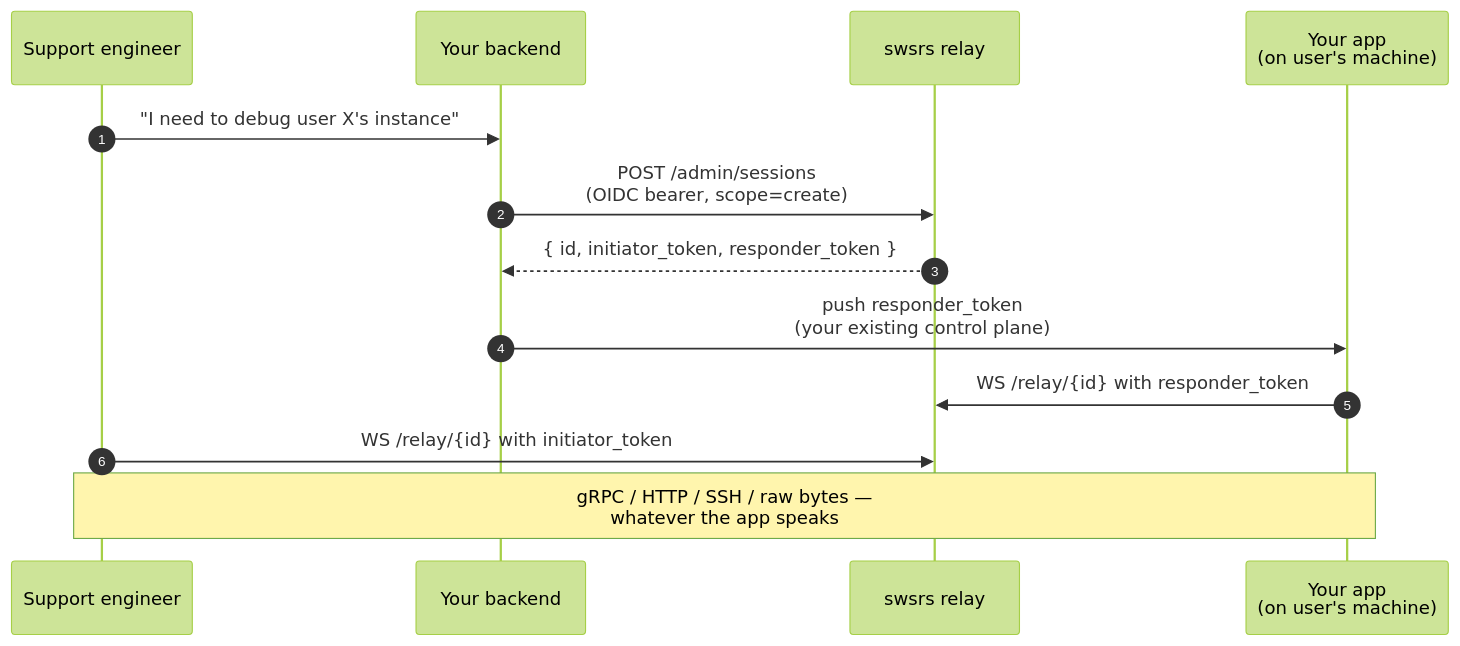
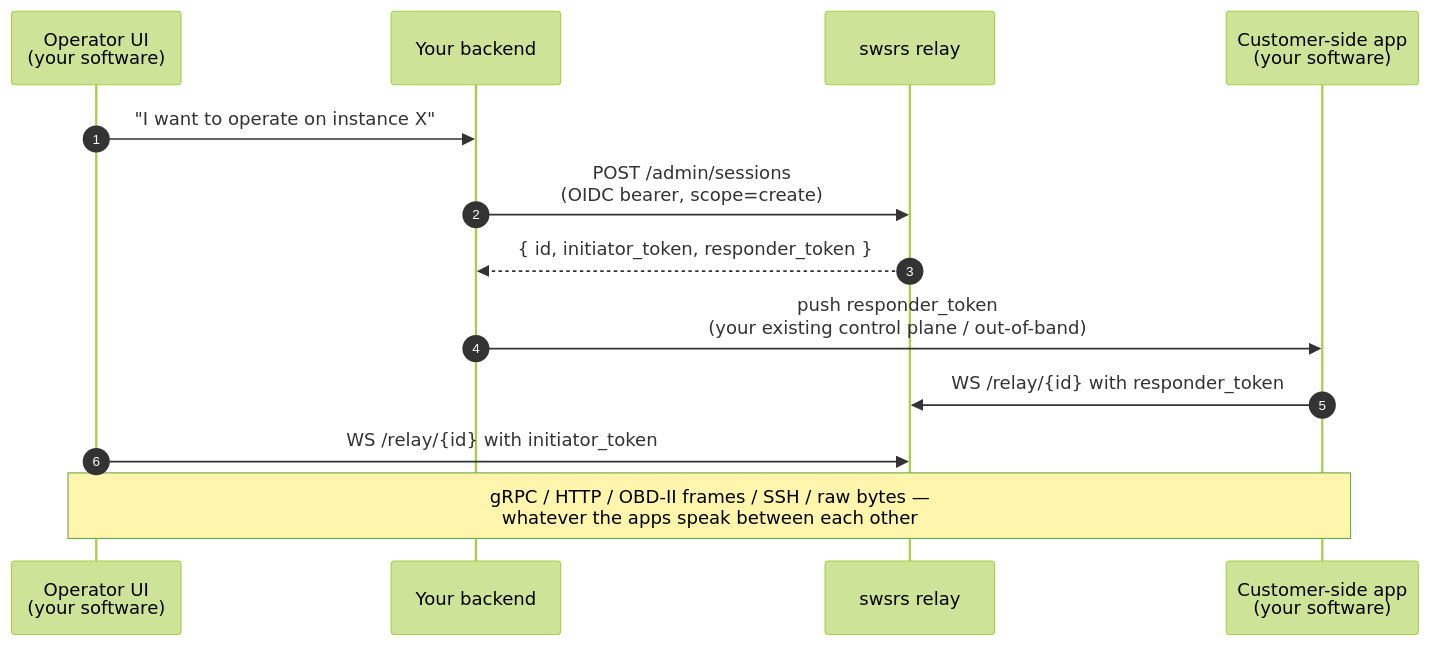
The second of 2 diagrams in docs/index.md (emdzej/swsrs), drawn with Mermaid (forest theme) before and after one commit. The commit also changed other lines of this file and 1 other file, not shown here.

````diff
--- a/docs/index.md
+++ b/docs/index.md
@@ -73,16 +93,16 @@
 ```mermaid
 sequenceDiagram
     autonumber
-    participant Eng as Support engineer
+    participant Op as Operator UI<br/>(your software)
     participant Backend as Your backend
     participant Relay as swsrs relay
-    participant App as Your app<br/>(on user's machine)
+    participant App as Customer-side app<br/>(your software)
 
-    Eng->>Backend: "I need to debug user X's instance"
+    Op->>Backend: "I want to operate on instance X"
     Backend->>Relay: POST /admin/sessions<br/>(OIDC bearer, scope=create)
     Relay-->>Backend: { id, initiator_token, responder_token }
-    Backend->>App: push responder_token<br/>(your existing control plane)
+    Backend->>App: push responder_token<br/>(your existing control plane / out-of-band)
     App->>Relay: WS /relay/{id} with responder_token
-    Eng->>Relay: WS /relay/{id} with initiator_token
-    Note over Eng,App: gRPC / HTTP / SSH / raw bytes —<br/>whatever the app speaks
+    Op->>Relay: WS /relay/{id} with initiator_token
+    Note over Op,App: gRPC / HTTP / OBD-II frames / SSH / raw bytes —<br/>whatever the apps speak between each other
 ```
````
